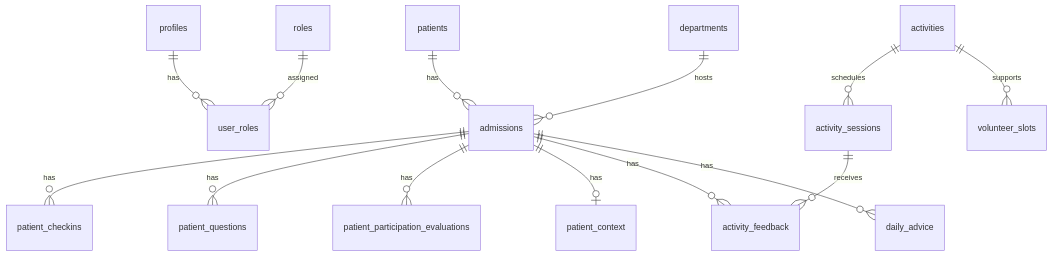
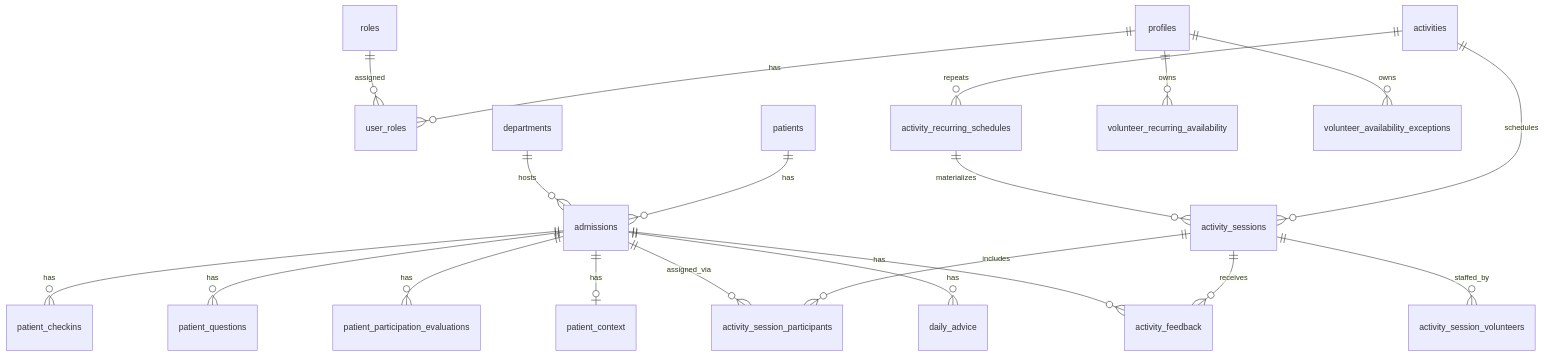
The diagram in docs/domain-model.md (MorikuMarieke/opname-buddy), drawn with Mermaid before and after one commit. The commit also changed other lines of this file and 3 other files, not shown here.

````diff
--- a/docs/domain-model.md
+++ b/docs/domain-model.md
@@ -469,16 +472,22 @@
 ```mermaid
 erDiagram
   profiles ||--o{ user_roles : has
   roles ||--o{ user_roles : assigned
   patients ||--o{ admissions : has
   departments ||--o{ admissions : hosts
   admissions ||--o{ patient_checkins : has
   admissions ||--o{ patient_questions : has
   admissions ||--o{ patient_participation_evaluations : has
   admissions ||--o| patient_context : has
+  activities ||--o{ activity_recurring_schedules : repeats
   activities ||--o{ activity_sessions : schedules
-  activities ||--o{ volunteer_slots : supports
+  activity_recurring_schedules ||--o{ activity_sessions : materializes
+  activity_sessions ||--o{ activity_session_participants : includes
+  activity_sessions ||--o{ activity_session_volunteers : staffed_by
+  admissions ||--o{ activity_session_participants : assigned_via
+  profiles ||--o{ volunteer_recurring_availability : owns
+  profiles ||--o{ volunteer_availability_exceptions : owns
   activity_sessions ||--o{ activity_feedback : receives
   admissions ||--o{ activity_feedback : has
   admissions ||--o{ daily_advice : has
 ```
````
